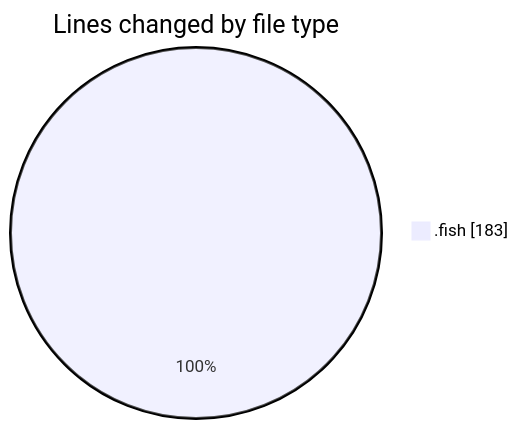
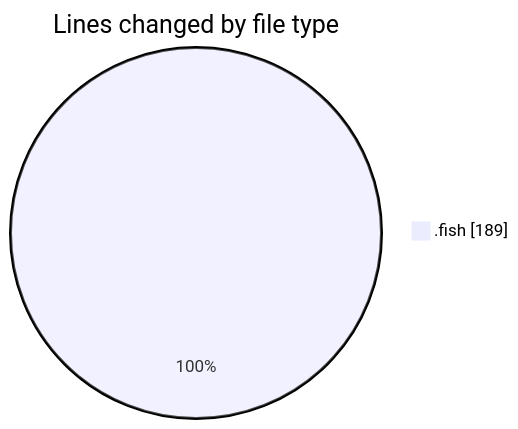
Before and after one commit to EIIisD/code-tracking: the first of 2 diagrams in 2025-07-27/fish/README.md, drawn with Mermaid. The commit also changed other lines of this file and 1 other file, not shown here.

````diff
--- a/2025-07-27/fish/README.md
+++ b/2025-07-27/fish/README.md
@@ -21,5 +21,5 @@
 ```mermaid
 pie showData
 title Lines changed by file type
-".fish" : 183
+".fish" : 189
 ```
````
